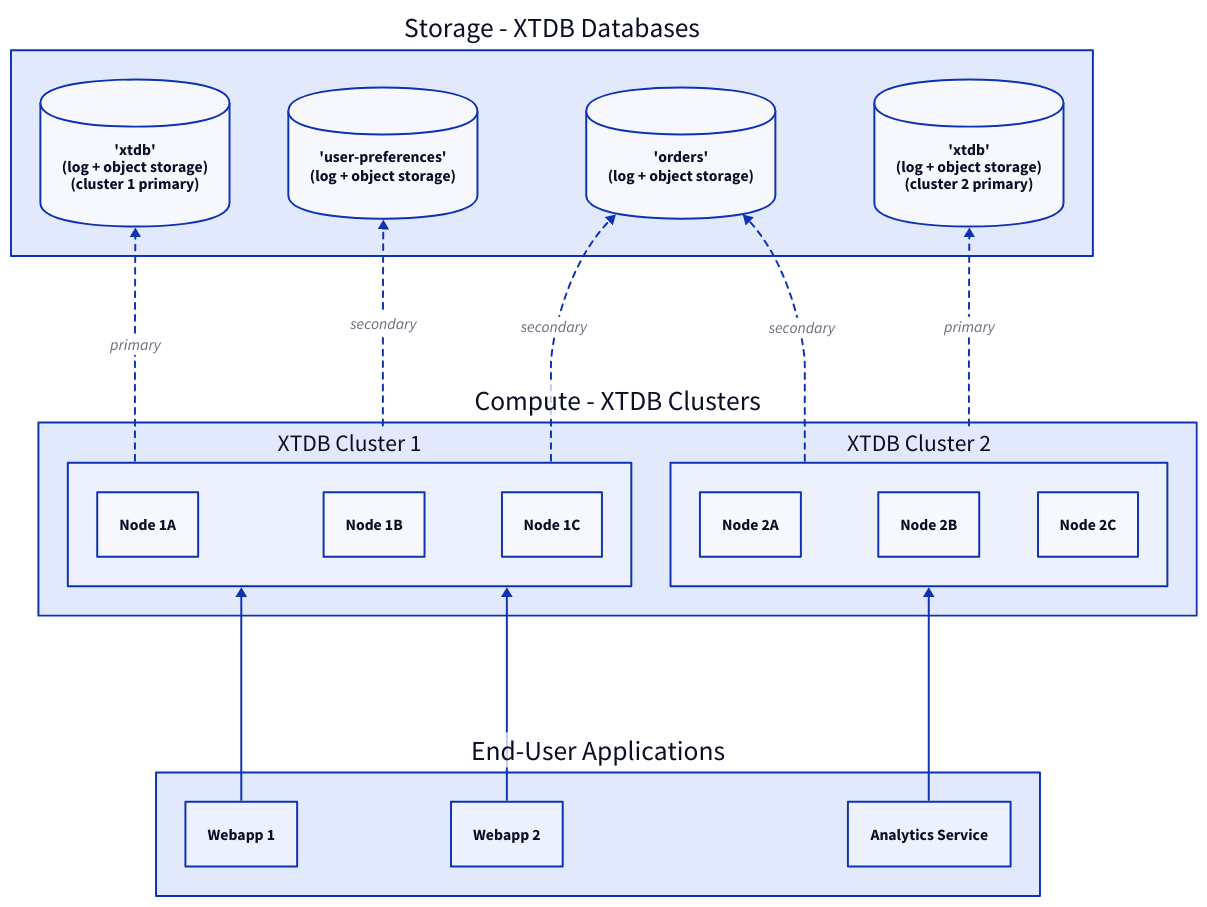
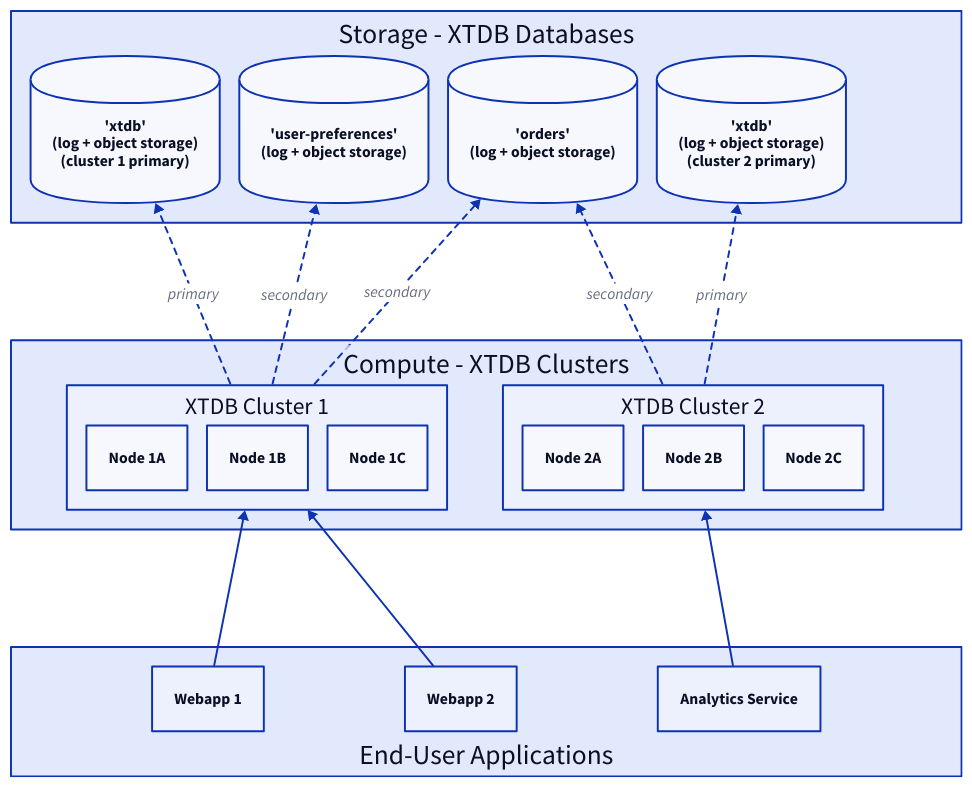
One commit to xtdb/xtdb changed the first of 2 diagrams in docs/src/content/docs/about/dbs-in-xtdb.md. Above: the diagram before and after it, drawn with D2. The commit also changed other lines of this file and 2 other files, not shown here.

````diff
--- a/docs/src/content/docs/about/dbs-in-xtdb.md
+++ b/docs/src/content/docs/about/dbs-in-xtdb.md
@@ -79,62 +79,80 @@
 ```d2
-direction: up
+grid-rows: 3
+vertical-gap: 120
+
+Storage: Storage - XTDB Databases
+
+Compute: Compute - XTDB Clusters
 
 Apps: End-User Applications {
+  grid-columns: 3
+  grid-gap: 20
+  horizontal-gap: 144
+  label.near: bottom-center
   App1: Webapp 1
   App2: Webapp 2
   App3: Analytics Service
 }
 
 Compute: Compute - XTDB Clusters {
+  grid-columns: 2
+  grid-gap: 20
+  horizontal-gap: 57
   Cluster1: XTDB Cluster 1 {
+    grid-columns: 3
+    grid-gap: 20
     Node1A: Node 1A
     Node1B: Node 1B
     Node1C: Node 1C
   }
 
   Cluster2: XTDB Cluster 2 {
+    grid-columns: 3
+    grid-gap: 20
     Node2A: Node 2A
     Node2B: Node 2B
     Node2C: Node 2C
   }
 }
 
 Storage: Storage - XTDB Databases {
+  grid-columns: 4
+  grid-gap: 20
   primary1: "'xtdb'\n(log + object storage)\n(cluster 1 primary)" {
     shape: cylinder
   }
 
   inventoryDb: "'user-preferences'\n(log + object storage)" {
     shape: cylinder
   }
 
   ordersDb: "'orders'\n(log + object storage)" {
     shape: cylinder
   }
 
   primary2: "'xtdb'\n(log + object storage)\n(cluster 2 primary)" {
     shape: cylinder
   }
 }
 
 Apps.App1 -> Compute.Cluster1
 Apps.App2 -> Compute.Cluster1
 Apps.App3 -> Compute.Cluster2
 
 Compute.Cluster1 -> Storage.primary1: primary {
   style.stroke-dash: 3
 }
 Compute.Cluster1 -> Storage.inventoryDb: secondary {
   style.stroke-dash: 3
 }
 Compute.Cluster1 -> Storage.ordersDb: secondary {
   style.stroke-dash: 3
 }
 
 Compute.Cluster2 -> Storage.primary2: primary {
   style.stroke-dash: 3
 }
 Compute.Cluster2 -> Storage.ordersDb: secondary {
   style.stroke-dash: 3
 }
 ```
````
